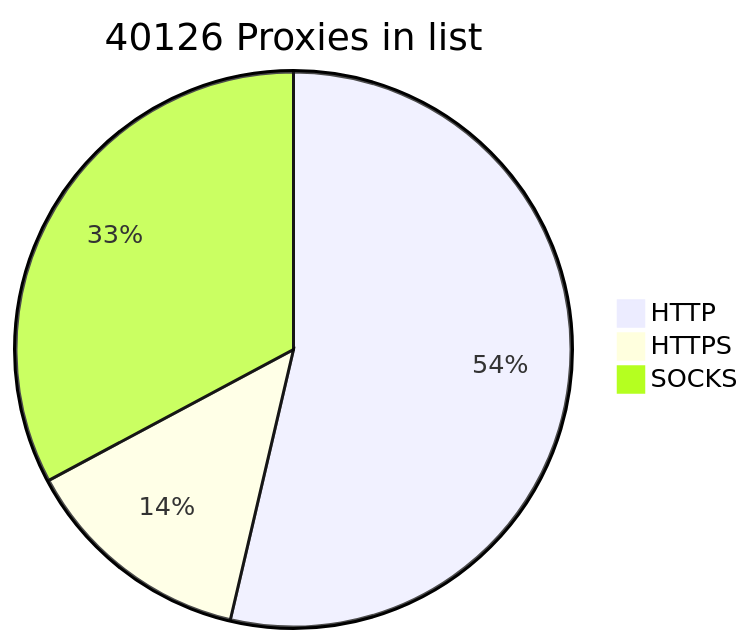
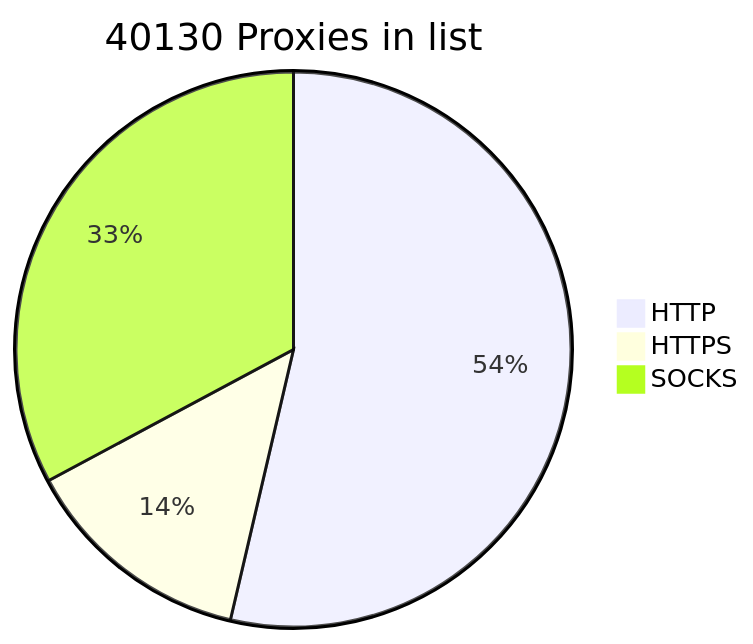
The diagram in README.md (BlackSnowDot/proxylist-update-every-minute), drawn with Mermaid before and after one commit.

````diff
--- a/README.md
+++ b/README.md
@@ -2,6 +2,6 @@
 ```mermaid
-pie title 40126 Proxies in list
+pie title 40130 Proxies in list
     "HTTP" : 23995
     "HTTPS": 6051
-    "SOCKS" : 14676
+    "SOCKS" : 14680
 ```
````
